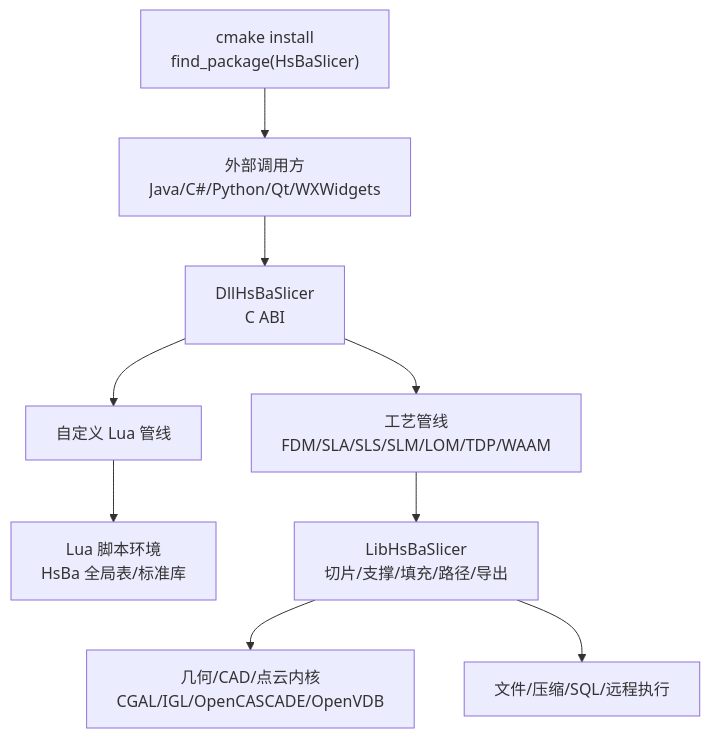
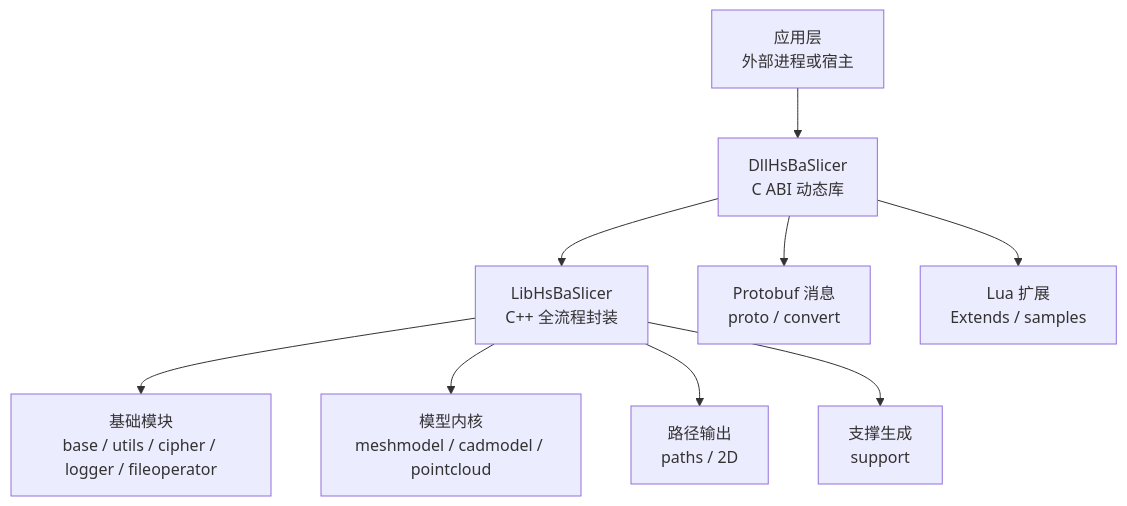
One commit to hsmbanlance/HsBaSlicer changed the first of 8 diagrams in .qoder/repowiki/zh/content/架构总览.md. Above: the diagram before and after it, drawn with Mermaid. The commit also changed other lines of this file and 1095 other files, not shown here.

````diff
--- a/.qoder/repowiki/zh/content/架构总览.md
+++ b/.qoder/repowiki/zh/content/架构总览.md
@@ -132,11 +57,11 @@
 ```mermaid
 graph TB
-Caller["外部调用方<br/>Java/C#/Python/Qt/WXWidgets"] --> CABI["DllHsBaSlicer<br/>C ABI"]
-CABI --> Pipeline["工艺管线<br/>FDM/SLA/SLS/SLM/LOM/TDP/WAAM"]
-CABI --> Custom["自定义 Lua 管线"]
-Custom --> LuaEnv["Lua 脚本环境<br/>HsBa 全局表/标准库"]
-Pipeline --> Core["LibHsBaSlicer<br/>切片/支撑/填充/路径/导出"]
-Core --> Kernels["几何/CAD/点云内核<br/>CGAL/IGL/OpenCASCADE/OpenVDB"]
-Core --> IO["文件/压缩/SQL/远程执行"]
-Install["cmake install<br/>find_package(HsBaSlicer)"] --> Caller
+App["应用层<br/>外部进程或宿主"] --> Dll["DllHsBaSlicer<br/>C ABI 动态库"]
+Dll --> Lib["LibHsBaSlicer<br/>C++ 全流程封装"]
+Lib --> Base["基础模块<br/>base / utils / cipher / logger / fileoperator"]
+Lib --> Mesh["模型内核<br/>meshmodel / cadmodel / pointcloud"]
+Lib --> Path["路径输出<br/>paths / 2D"]
+Lib --> Support["支撑生成<br/>support"]
+Dll --> Proto["Protobuf 消息<br/>proto / convert"]
+Dll --> Lua["Lua 扩展<br/>Extends / samples"]
 ```
````
